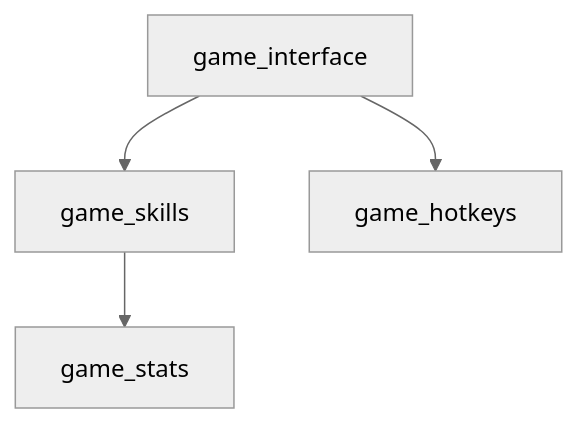
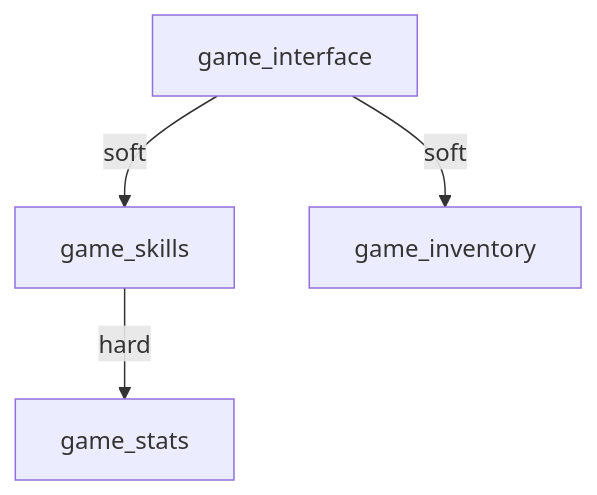
Before and after one commit to lukaszj321/otcv8-dev: the second of 2 diagrams in .github/instructions/chapter_12_otmod_docs_export_kit_authoring_agent_ready.md, drawn with Mermaid. The commit also changed other lines of this file and 121 other files, not shown here.

````diff
--- a/.github/instructions/chapter_12_otmod_docs_export_kit_authoring_agent_ready.md
+++ b/.github/instructions/chapter_12_otmod_docs_export_kit_authoring_agent_ready.md
@@ -312,7 +466,6 @@
-```{mermaid}
-%%{init: { 'theme': 'neutral' }}%%
+```mermaid
 graph TD
-  A[game_interface] --> B[game_skills]
-  A --> C[game_hotkeys]
-  B --> D[game_stats]
+  A[game_interface] -->|soft| B[game_skills]
+  A -->|soft| C[game_inventory]
+  B -->|hard| D[game_stats]
 ```
````
